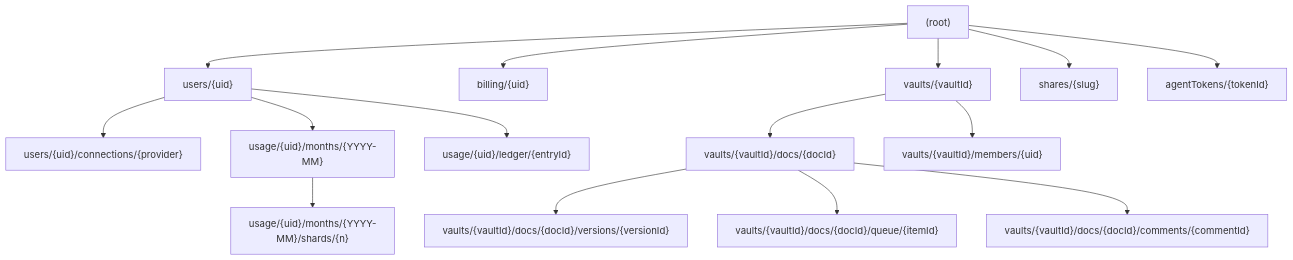
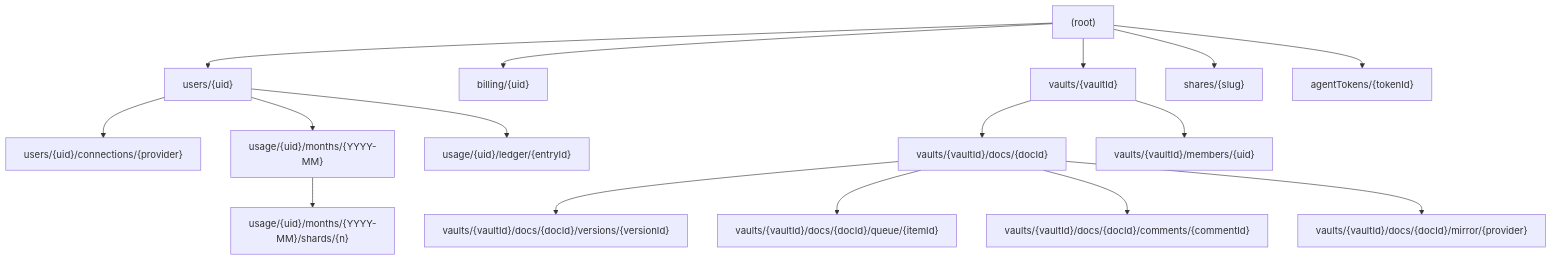
One commit to studiozephyrus/frontmatter changed the diagram in docs/pack/21-DATA-MODEL.md. Above: the diagram before and after it, drawn with Mermaid. The commit also changed other lines of this file and 5 other files, not shown here.

````diff
--- a/docs/pack/21-DATA-MODEL.md
+++ b/docs/pack/21-DATA-MODEL.md
@@ -110,35 +122,37 @@
 ```mermaid
 flowchart TB
     root["(root)"]
     users["users/{uid}"]
     billing["billing/{uid}"]
     vaults["vaults/{vaultId}"]
     shares["shares/{slug}"]
     tokens["agentTokens/{tokenId}"]
 
     months["usage/{uid}/months/{YYYY-MM}"]
     shards["usage/{uid}/months/{YYYY-MM}/shards/{n}"]
     ledger["usage/{uid}/ledger/{entryId}"]
 
     docs["vaults/{vaultId}/docs/{docId}"]
     versions["vaults/{vaultId}/docs/{docId}/versions/{versionId}"]
     queue["vaults/{vaultId}/docs/{docId}/queue/{itemId}"]
     comments["vaults/{vaultId}/docs/{docId}/comments/{commentId}"]
+    mirror["vaults/{vaultId}/docs/{docId}/mirror/{provider}"]
     members["vaults/{vaultId}/members/{uid}"]
     conns["users/{uid}/connections/{provider}"]
 
     root --> users
     root --> billing
     root --> vaults
     root --> shares
     root --> tokens
     users --> conns
     users --> months
     months --> shards
     users --> ledger
     vaults --> docs
     vaults --> members
     docs --> versions
     docs --> queue
     docs --> comments
+    docs --> mirror
 ```
````
